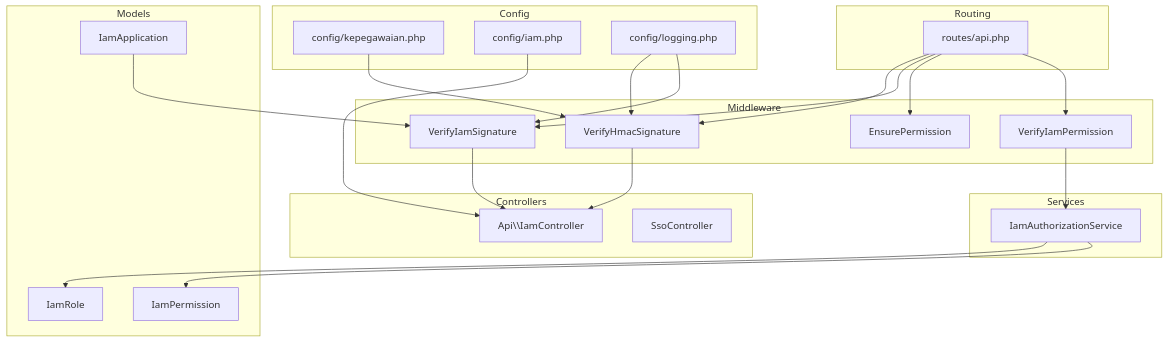
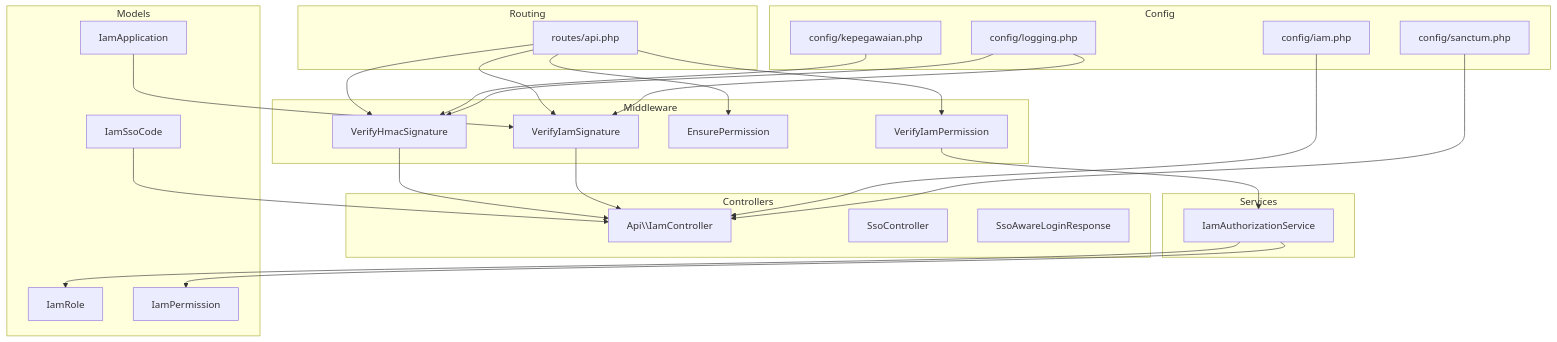
Before and after one commit to PA-Penajam/kepegawaian_apps: the first of 11 diagrams in .qoder/repowiki/en/content/Security Considerations/Security Considerations.md, drawn with Mermaid. The commit also changed other lines of this file and 13 other files, not shown here.

````diff
--- a/.qoder/repowiki/en/content/Security Considerations/Security Considerations.md
+++ b/.qoder/repowiki/en/content/Security Considerations/Security Considerations.md
@@ -40,43 +49,48 @@
 ```mermaid
 graph TB
 subgraph "Routing"
 R1["routes/api.php"]
 end
 subgraph "Middleware"
 M1["VerifyHmacSignature"]
 M2["VerifyIamSignature"]
 M3["EnsurePermission"]
 M4["VerifyIamPermission"]
 end
 subgraph "Controllers"
 C1["Api\\IamController"]
 C2["SsoController"]
+C3["SsoAwareLoginResponse"]
 end
 subgraph "Services"
 S1["IamAuthorizationService"]
 end
 subgraph "Models"
 MD1["IamApplication"]
 MD2["IamRole"]
 MD3["IamPermission"]
+MD4["IamSsoCode"]
 end
 subgraph "Config"
 K1["config/kepegawaian.php"]
 K2["config/iam.php"]
+K3["config/sanctum.php"]
 L1["config/logging.php"]
 end
 R1 --> M1
 R1 --> M2
 R1 --> M3
 R1 --> M4
 M1 --> C1
 M2 --> C1
 M4 --> S1
 S1 --> MD2
 S1 --> MD3
 MD1 --> M2
+MD4 --> C1
 K1 --> M1
 K2 --> C1
+K3 --> C1
 L1 --> M1
 L1 --> M2
 ```
````
